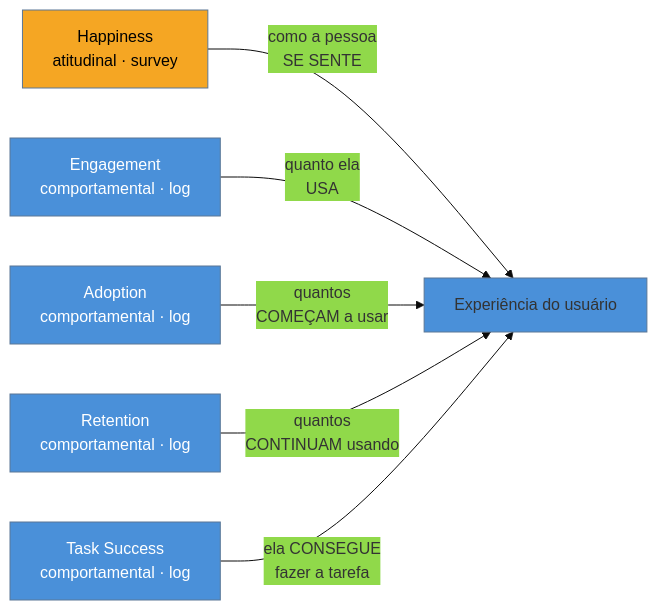
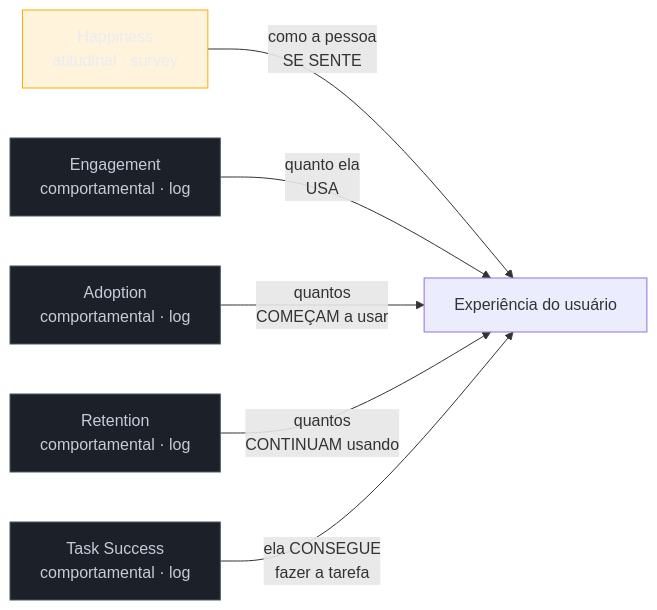
The first of 2 diagrams in 03-Dominios/Engenharia/UX/Medir, Validar e Sustentar/38 - HEART e Goals-Signals-Metrics.md (josenaldo/codex-technomanticus), drawn with Mermaid before and after one commit. The commit also changed other lines of this file and 1181 other files, not shown here.

First line of the commit message:
fix(diagramas): paleta do sistema no lugar de cor cravada no markdown

````diff
--- a/03-Dominios/Engenharia/UX/Medir, Validar e Sustentar/38 - HEART e Goals-Signals-Metrics.md
+++ b/03-Dominios/Engenharia/UX/Medir, Validar e Sustentar/38 - HEART e Goals-Signals-Metrics.md
@@ -35,14 +35,15 @@
 ```mermaid
-%%{init: {"theme": "base", "themeVariables": {"primaryColor": "#4A90D9"}}}%%
 graph LR
+    classDef destaque fill:#FFAA0024,stroke:#FFAA00,color:#E9ECF2
+    classDef neutro fill:#1B2029,stroke:#4E5666,color:#C6CCD8
     H["Happiness<br/>atitudinal · survey"] -->|"como a pessoa<br/>SE SENTE"| U["Experiência do usuário"]
     E["Engagement<br/>comportamental · log"] -->|"quanto ela<br/>USA"| U
     A["Adoption<br/>comportamental · log"] -->|"quantos<br/>COMEÇAM a usar"| U
     R["Retention<br/>comportamental · log"] -->|"quantos<br/>CONTINUAM usando"| U
     T["Task Success<br/>comportamental · log"] -->|"ela CONSEGUE<br/>fazer a tarefa"| U
-    style H fill:#F5A623,color:#000
-    style E fill:#4A90D9,color:#fff
-    style A fill:#4A90D9,color:#fff
-    style R fill:#4A90D9,color:#fff
-    style T fill:#4A90D9,color:#fff
+    class H destaque
+    class E neutro
+    class A neutro
+    class R neutro
+    class T neutro
 ```
````
